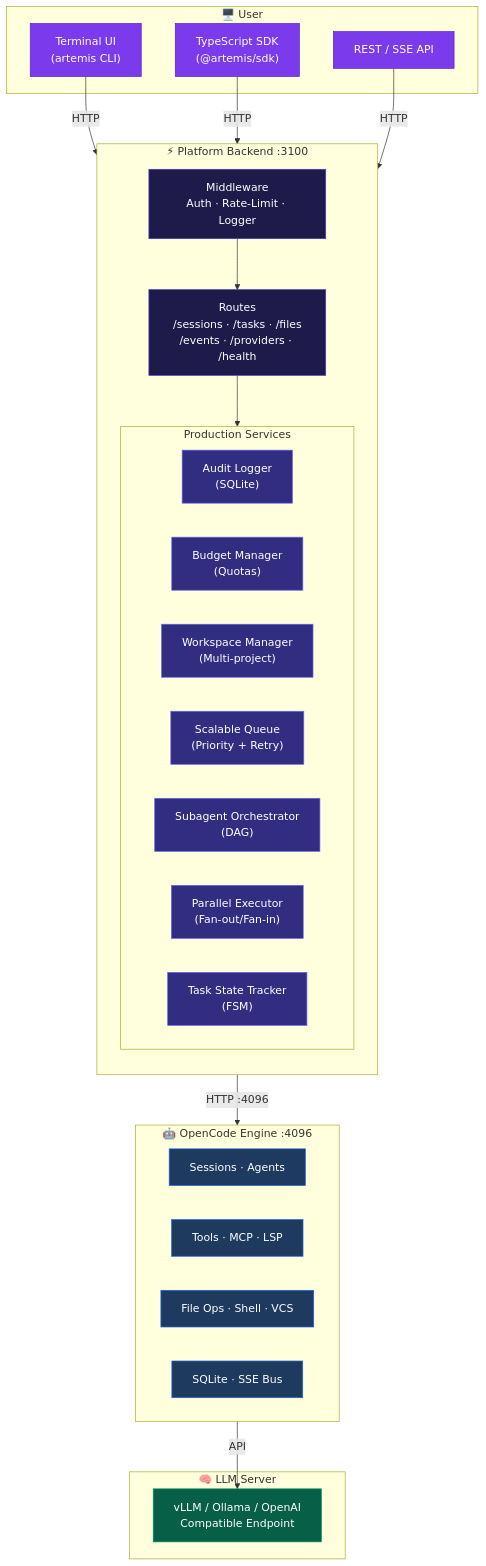
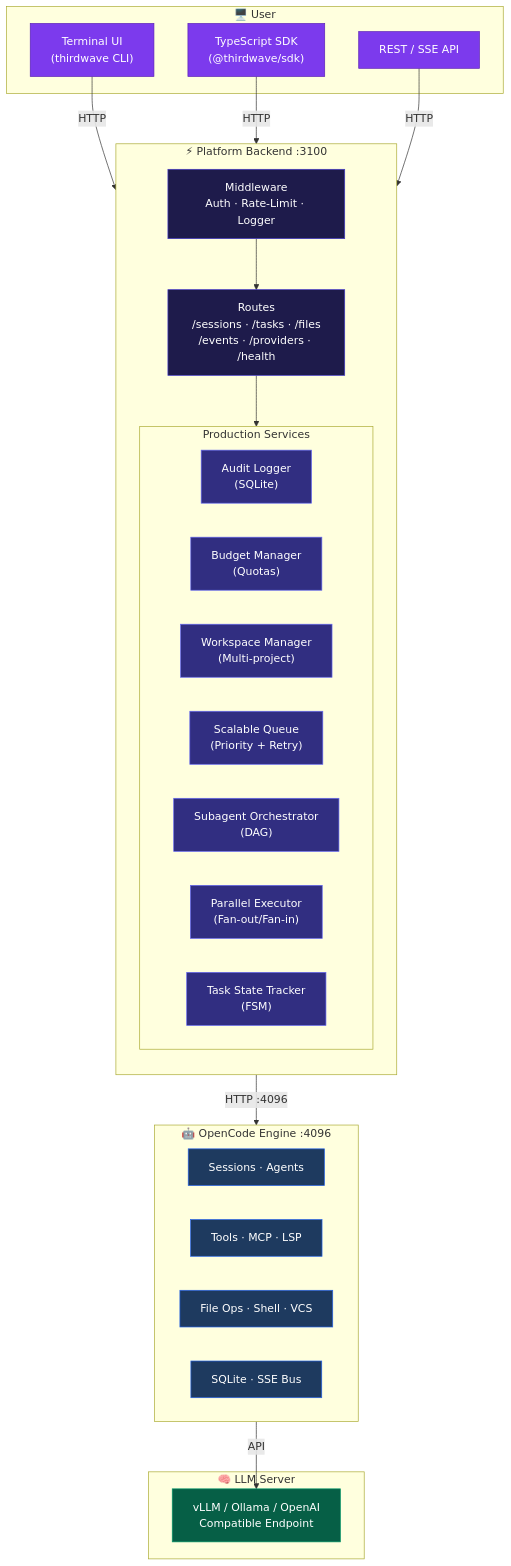
The diagram in platform/docs/diagrams/01-system-architecture.md (TW-10561/AI-Coding-Agent), drawn with Mermaid before and after one commit. The commit also changed other lines of this file and 177 other files, not shown here.

````diff
--- a/platform/docs/diagrams/01-system-architecture.md
+++ b/platform/docs/diagrams/01-system-architecture.md
@@ -4,55 +4,55 @@
 ```mermaid
 graph TB
     subgraph User["🖥️ User"]
-        TUI["Terminal UI<br/>(artemis CLI)"]
-        SDK["TypeScript SDK<br/>(@artemis/sdk)"]
+        TUI["Terminal UI<br/>(thirdwave CLI)"]
+        SDK["TypeScript SDK<br/>(@thirdwave/sdk)"]
         API["REST / SSE API"]
     end
 
     subgraph Platform["⚡ Platform Backend :3100"]
         direction TB
         MW["Middleware<br/>Auth · Rate-Limit · Logger"]
         Routes["Routes<br/>/sessions · /tasks · /files<br/>/events · /providers · /health"]
         
         subgraph Services["Production Services"]
             Audit["Audit Logger<br/>(SQLite)"]
             Budget["Budget Manager<br/>(Quotas)"]
             WS["Workspace Manager<br/>(Multi-project)"]
             Queue["Scalable Queue<br/>(Priority + Retry)"]
             Orch["Subagent Orchestrator<br/>(DAG)"]
             Para["Parallel Executor<br/>(Fan-out/Fan-in)"]
             Task["Task State Tracker<br/>(FSM)"]
         end
     end
 
     subgraph Engine["🤖 OpenCode Engine :4096"]
         Sessions["Sessions · Agents"]
         Tools["Tools · MCP · LSP"]
         FileOps["File Ops · Shell · VCS"]
         Storage["SQLite · SSE Bus"]
     end
 
     subgraph LLM["🧠 LLM Server"]
         vLLM["vLLM / Ollama / OpenAI<br/>Compatible Endpoint"]
     end
 
     TUI -->|HTTP| MW
     SDK -->|HTTP| MW
     API -->|HTTP| MW
     MW --> Routes
     Routes --> Services
     Routes -->|HTTP :4096| Engine
     Engine -->|API| vLLM
 
     classDef user fill:#7c3aed,stroke:#5b21b6,color:white
     classDef platform fill:#1e1b4b,stroke:#4338ca,color:white
     classDef engine fill:#1e3a5f,stroke:#2563eb,color:white
     classDef llm fill:#065f46,stroke:#059669,color:white
     classDef service fill:#312e81,stroke:#6366f1,color:white
 
     class TUI,SDK,API user
     class MW,Routes platform
     class Audit,Budget,WS,Queue,Orch,Para,Task service
     class Sessions,Tools,FileOps,Storage engine
     class vLLM llm
 ```
````
